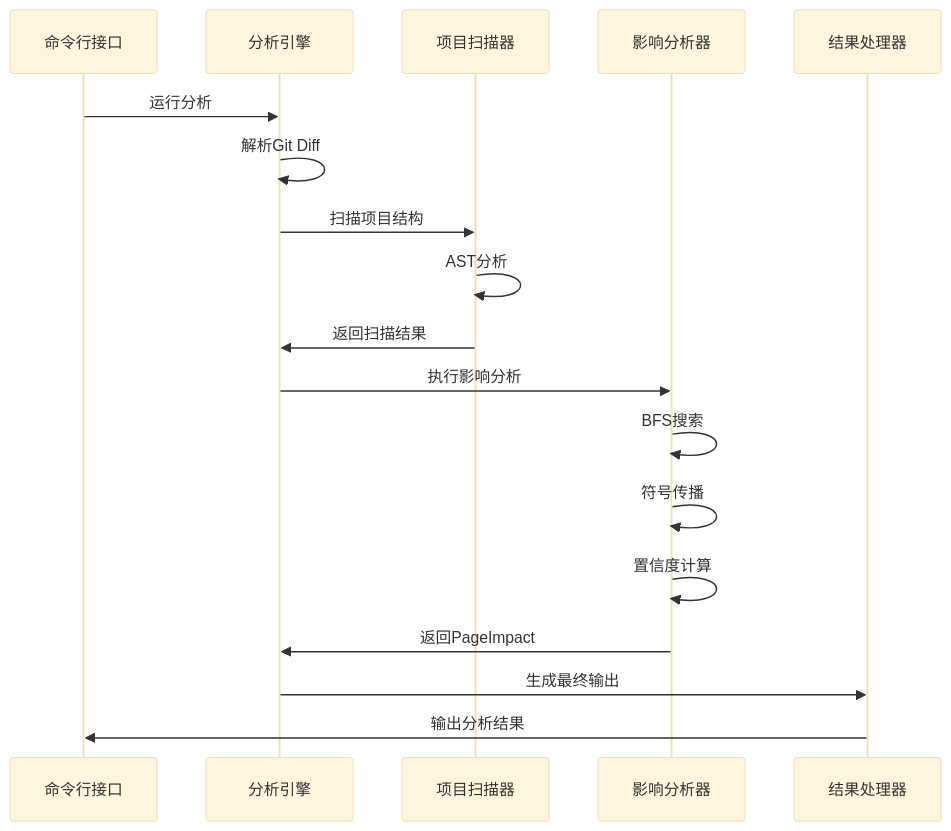
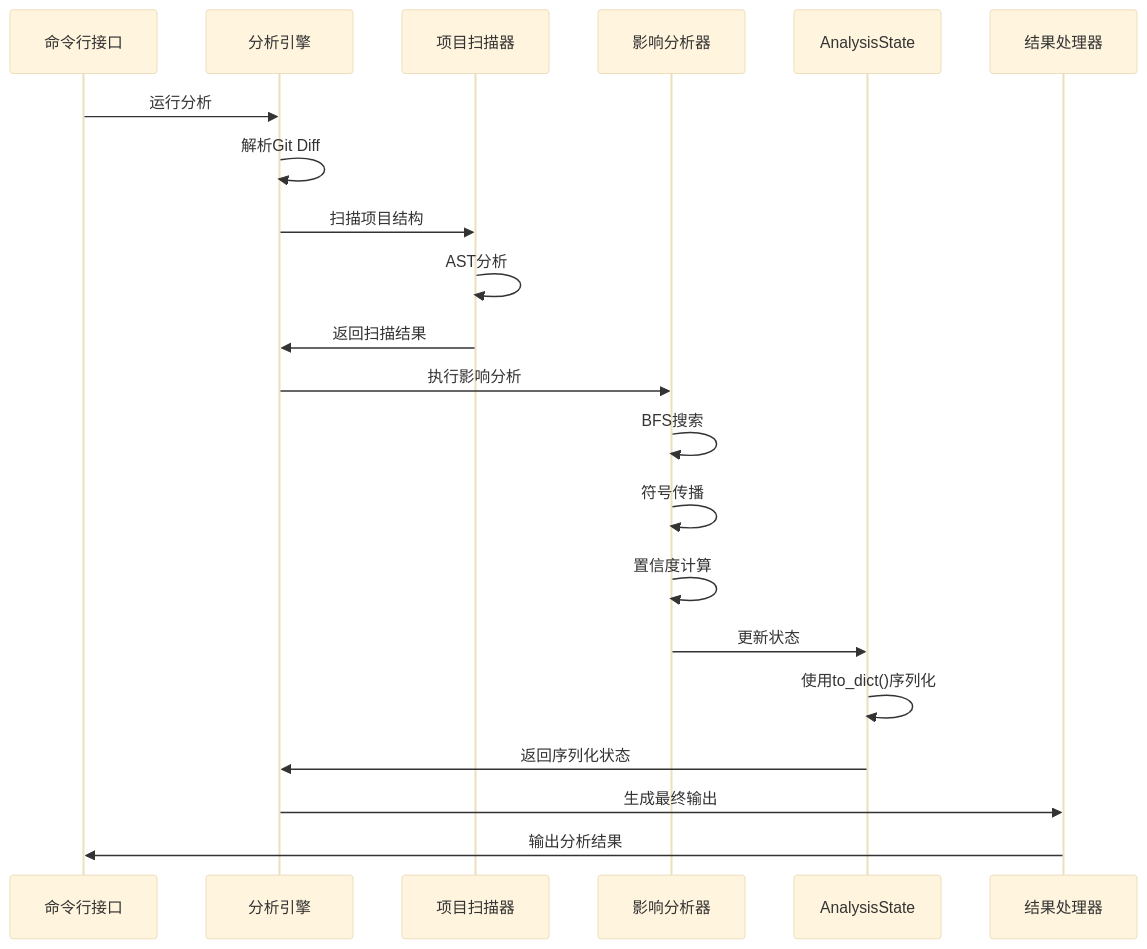
Before and after one commit to brand-new-remo/frontend-impact-analyzer: the second of 7 diagrams in .qoder/repowiki/zh/content/技术架构/核心组件设计/影响分析器.md, drawn with Mermaid (base theme). The commit also changed other lines of this file and 9 other files, not shown here.

````diff
--- a/.qoder/repowiki/zh/content/技术架构/核心组件设计/影响分析器.md
+++ b/.qoder/repowiki/zh/content/技术架构/核心组件设计/影响分析器.md
@@ -111,20 +152,23 @@
 ```mermaid
 sequenceDiagram
 participant CLI as 命令行接口
 participant Engine as 分析引擎
 participant Scanner as 项目扫描器
 participant Analyzer as 影响分析器
+participant State as AnalysisState
 participant Result as 结果处理器
 CLI->>Engine : 运行分析
 Engine->>Engine : 解析Git Diff
 Engine->>Scanner : 扫描项目结构
 Scanner->>Scanner : AST分析
 Scanner->>Engine : 返回扫描结果
 Engine->>Analyzer : 执行影响分析
 Analyzer->>Analyzer : BFS搜索
 Analyzer->>Analyzer : 符号传播
 Analyzer->>Analyzer : 置信度计算
-Analyzer->>Engine : 返回PageImpact
+Analyzer->>State : 更新状态
+State->>State : 使用to_dict()序列化
+State->>Engine : 返回序列化状态
 Engine->>Result : 生成最终输出
 Result->>CLI : 输出分析结果
 ```
````
